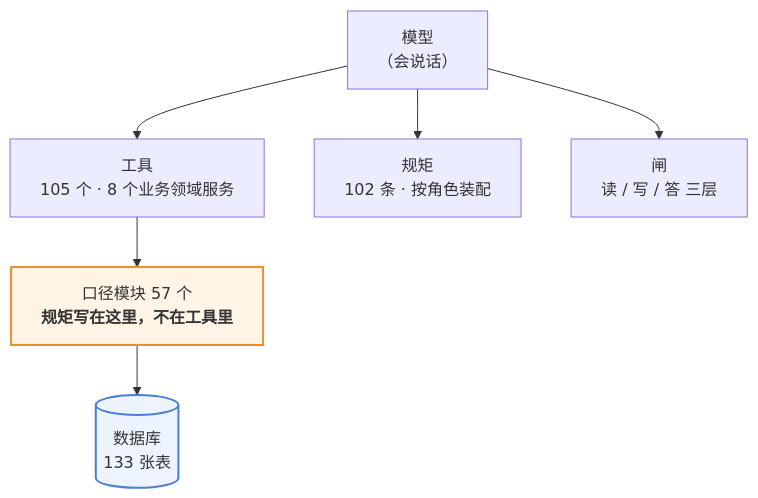
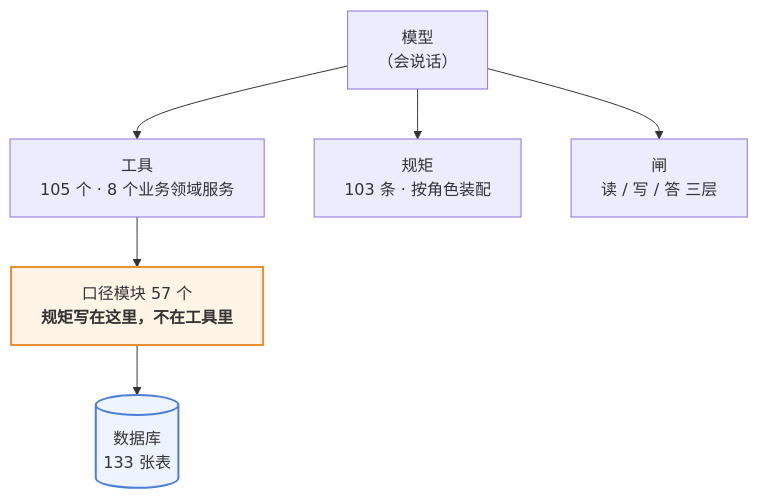
Before and after one commit to 843773296-rgb/lanxiu-yunshang-agent: the first of 3 diagrams in 澜绣云裳agent-产品说明.md, drawn with Mermaid. The commit also changed 3 other files, not shown here.

````diff
--- a/澜绣云裳agent-产品说明.md
+++ b/澜绣云裳agent-产品说明.md
@@ -62,12 +62,12 @@
 ```mermaid
 flowchart TD
     M["模型<br/>（会说话）"]
     M --> T["工具<br/>105 个 · 8 个业务领域服务"]
-    M --> R["规矩<br/>102 条 · 按角色装配"]
+    M --> R["规矩<br/>103 条 · 按角色装配"]
     M --> G["闸<br/>读 / 写 / 答 三层"]
     T --> K["口径模块 57 个<br/><b>规矩写在这里，不在工具里</b>"]
     K --> DB[("数据库<br/>133 张表")]
 
     style K fill:#fff4e6,stroke:#e8912d,stroke-width:2px
     style DB fill:#eef4ff,stroke:#4a7fd4,stroke-width:2px
 ```
````
